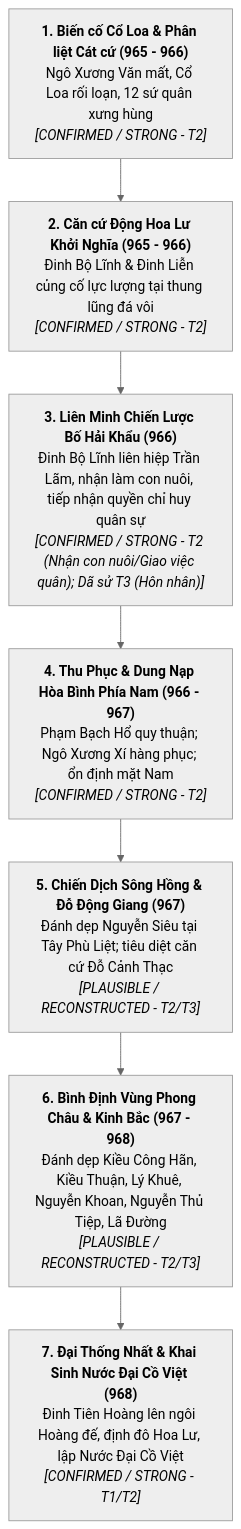
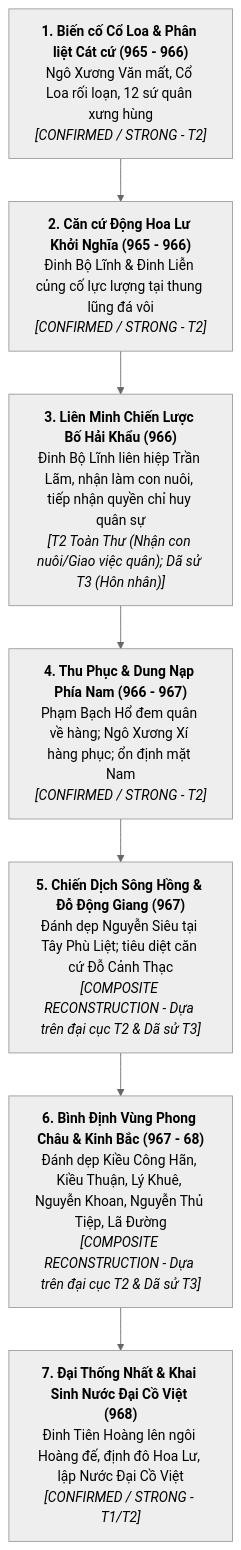
The diagram in docs/drafts/viet-su/12-su-quan/chapter-outline.md (LightDucan/HuyenSu-TD), drawn with Mermaid (neutral theme) before and after one commit. The commit also changed other lines of this file and 6 other files, not shown here.

````diff
--- a/docs/drafts/viet-su/12-su-quan/chapter-outline.md
+++ b/docs/drafts/viet-su/12-su-quan/chapter-outline.md
@@ -49,10 +49,10 @@
 ```mermaid
 flowchart TD
     E1["<b>1. Biến cố Cổ Loa & Phân liệt Cát cứ (965 - 966)</b><br>Ngô Xương Văn mất, Cổ Loa rối loạn, 12 sứ quân xưng hùng<br><i>[CONFIRMED / STRONG - T2]</i>"]
     --> E2["<b>2. Căn cứ Động Hoa Lư Khởi Nghĩa (965 - 966)</b><br>Đinh Bộ Lĩnh & Đinh Liễn củng cố lực lượng tại thung lũng đá vôi<br><i>[CONFIRMED / STRONG - T2]</i>"]
-    --> E3["<b>3. Liên Minh Chiến Lược Bố Hải Khẩu (966)</b><br>Đinh Bộ Lĩnh liên hiệp Trần Lãm, nhận làm con nuôi, tiếp nhận quyền chỉ huy quân sự<br><i>[CONFIRMED / STRONG - T2 (Nhận con nuôi/Giao việc quân); Dã sử T3 (Hôn nhân)]</i>"]
-    --> E4["<b>4. Thu Phục & Dung Nạp Hòa Bình Phía Nam (966 - 967)</b><br>Phạm Bạch Hổ quy thuận; Ngô Xương Xí hàng phục; ổn định mặt Nam<br><i>[CONFIRMED / STRONG - T2]</i>"]
-    --> E5["<b>5. Chiến Dịch Sông Hồng & Đỗ Động Giang (967)</b><br>Đánh dẹp Nguyễn Siêu tại Tây Phù Liệt; tiêu diệt căn cứ Đỗ Cảnh Thạc<br><i>[PLAUSIBLE / RECONSTRUCTED - T2/T3]</i>"]
-    --> E6["<b>6. Bình Định Vùng Phong Châu & Kinh Bắc (967 - 968)</b><br>Đánh dẹp Kiều Công Hãn, Kiều Thuận, Lý Khuê, Nguyễn Khoan, Nguyễn Thủ Tiệp, Lã Đường<br><i>[PLAUSIBLE / RECONSTRUCTED - T2/T3]</i>"]
+    --> E3["<b>3. Liên Minh Chiến Lược Bố Hải Khẩu (966)</b><br>Đinh Bộ Lĩnh liên hiệp Trần Lãm, nhận làm con nuôi, tiếp nhận quyền chỉ huy quân sự<br><i>[T2 Toàn Thư (Nhận con nuôi/Giao việc quân); Dã sử T3 (Hôn nhân)]</i>"]
+    --> E4["<b>4. Thu Phục & Dung Nạp Phía Nam (966 - 967)</b><br>Phạm Bạch Hổ đem quân về hàng; Ngô Xương Xí hàng phục; ổn định mặt Nam<br><i>[CONFIRMED / STRONG - T2]</i>"]
+    --> E5["<b>5. Chiến Dịch Sông Hồng & Đỗ Động Giang (967)</b><br>Đánh dẹp Nguyễn Siêu tại Tây Phù Liệt; tiêu diệt căn cứ Đỗ Cảnh Thạc<br><i>[COMPOSITE RECONSTRUCTION - Dựa trên đại cục T2 & Dã sử T3]</i>"]
+    --> E6["<b>6. Bình Định Vùng Phong Châu & Kinh Bắc (967 - 68)</b><br>Đánh dẹp Kiều Công Hãn, Kiều Thuận, Lý Khuê, Nguyễn Khoan, Nguyễn Thủ Tiệp, Lã Đường<br><i>[COMPOSITE RECONSTRUCTION - Dựa trên đại cục T2 & Dã sử T3]</i>"]
     --> E7["<b>7. Đại Thống Nhất & Khai Sinh Nước Đại Cồ Việt (968)</b><br>Đinh Tiên Hoàng lên ngôi Hoàng đế, định đô Hoa Lư, lập Nước Đại Cồ Việt<br><i>[CONFIRMED / STRONG - T1/T2]</i>"]
 ```
````
